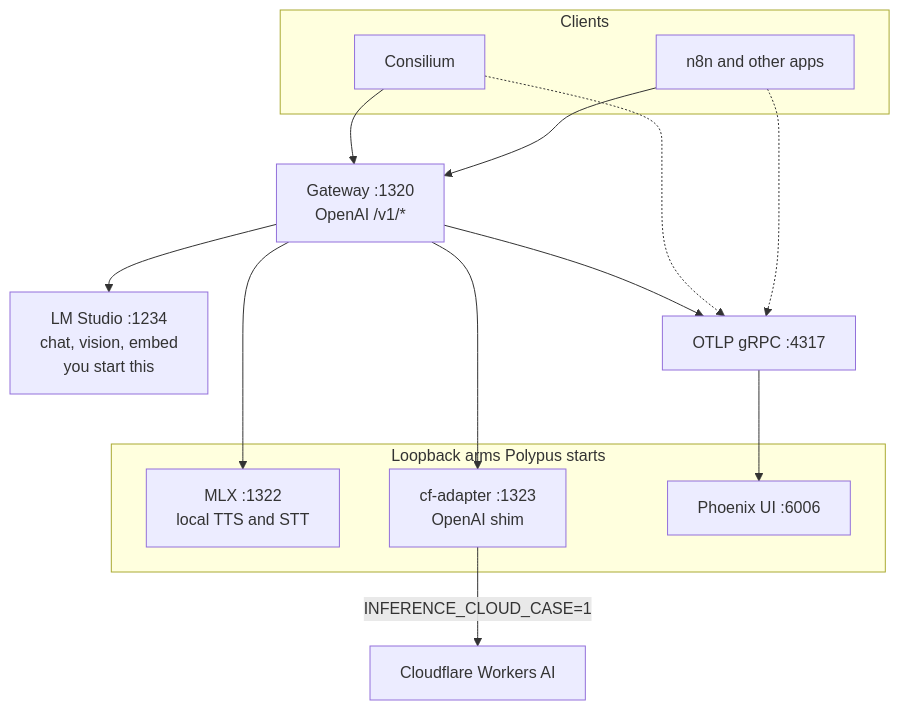
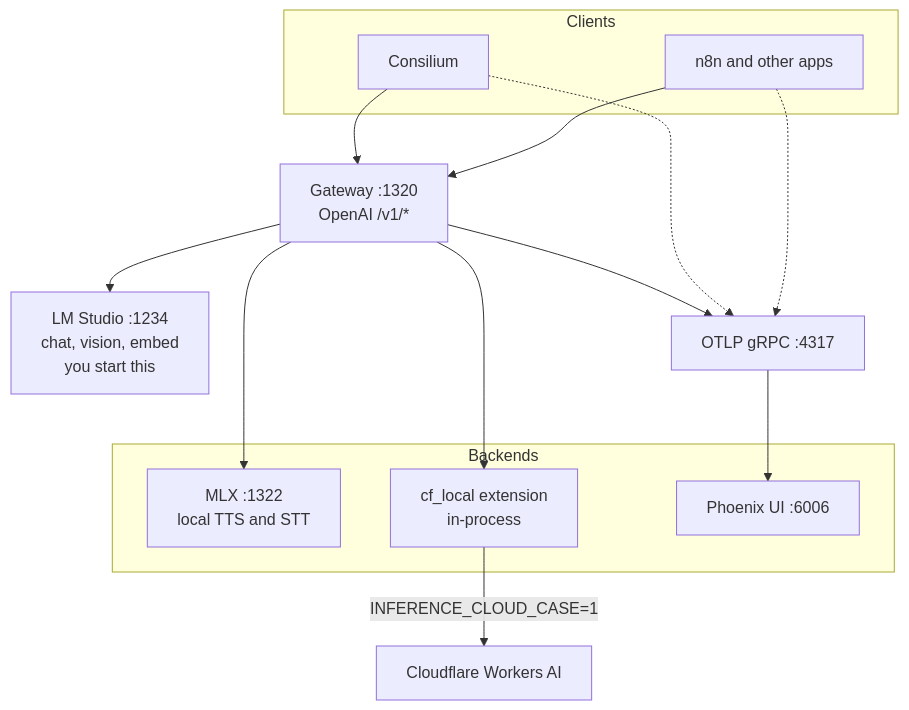
Before and after one commit to behaviorengineering/polypus: the diagram in README.md, drawn with Mermaid. The commit also changed other lines of this file and 39 other files, not shown here.

First line of the commit message:
Fold Cloudflare into gateway as in-process extension (P7).

````diff
--- a/README.md
+++ b/README.md
@@ -11,30 +11,30 @@
 ```mermaid
 flowchart TB
   subgraph clients [Clients]
     C[Consilium]
     N[n8n and other apps]
   end
 
   G["Gateway :1320<br/>OpenAI /v1/*"]
 
-  subgraph arms [Loopback arms Polypus starts]
+  subgraph arms [Backends]
     M["MLX :1322<br/>local TTS and STT"]
-    A["cf-adapter :1323<br/>OpenAI shim"]
+    CFExt["cf_local extension<br/>in-process"]
     P["Phoenix UI :6006"]
   end
 
   LMS["LM Studio :1234<br/>chat, vision, embed<br/>you start this"]
   CF[Cloudflare Workers AI]
   OTLP["OTLP gRPC :4317"]
 
   C --> G
   N --> G
   G --> M
-  G --> A
+  G --> CFExt
   G --> LMS
   G --> OTLP
-  A -->|"INFERENCE_CLOUD_CASE=1"| CF
+  CFExt -->|"INFERENCE_CLOUD_CASE=1"| CF
   C -.-> OTLP
   N -.-> OTLP
   OTLP --> P
 ```
````
